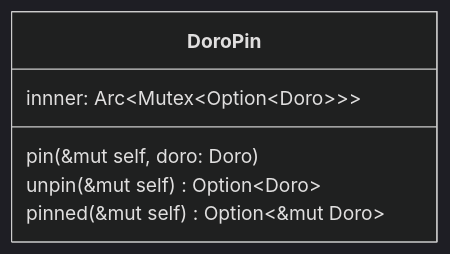
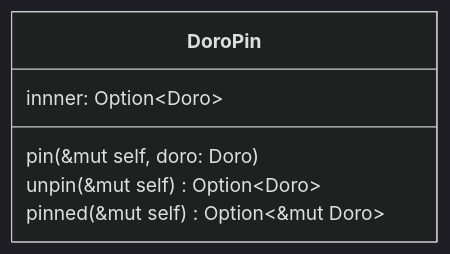
One commit to huangjj27/huangjj27.github.io changed the third of 5 diagrams in src/pomo_doro/doro.md. Above: the diagram before and after it, drawn with Mermaid (dark theme). The commit also changed other lines of this file, not shown here.

Commit message:
sprint1(pomo_doro): 修正集合类置顶类设计

````diff
--- a/src/pomo_doro/doro.md
+++ b/src/pomo_doro/doro.md
@@ -46,10 +46,10 @@
 ```mermaid
 classDiagram
 
     class DoroPin {
-        innner: Arc~Mutex~Option~Doro~~~
+        innner: Option~Doro~
         pin(&mut self, doro: Doro)
         unpin(&mut self) Option~Doro~
         pinned(&mut self) Option~&mut Doro~
     }
 ```
````
